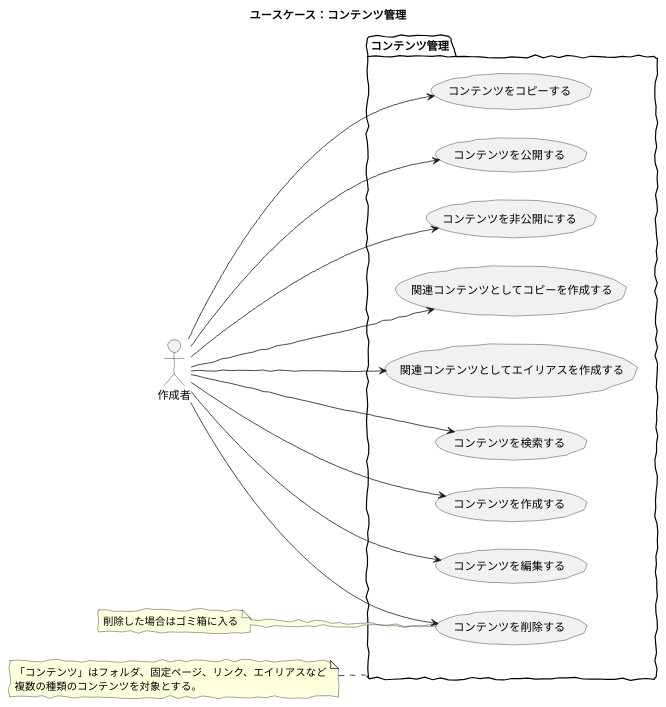
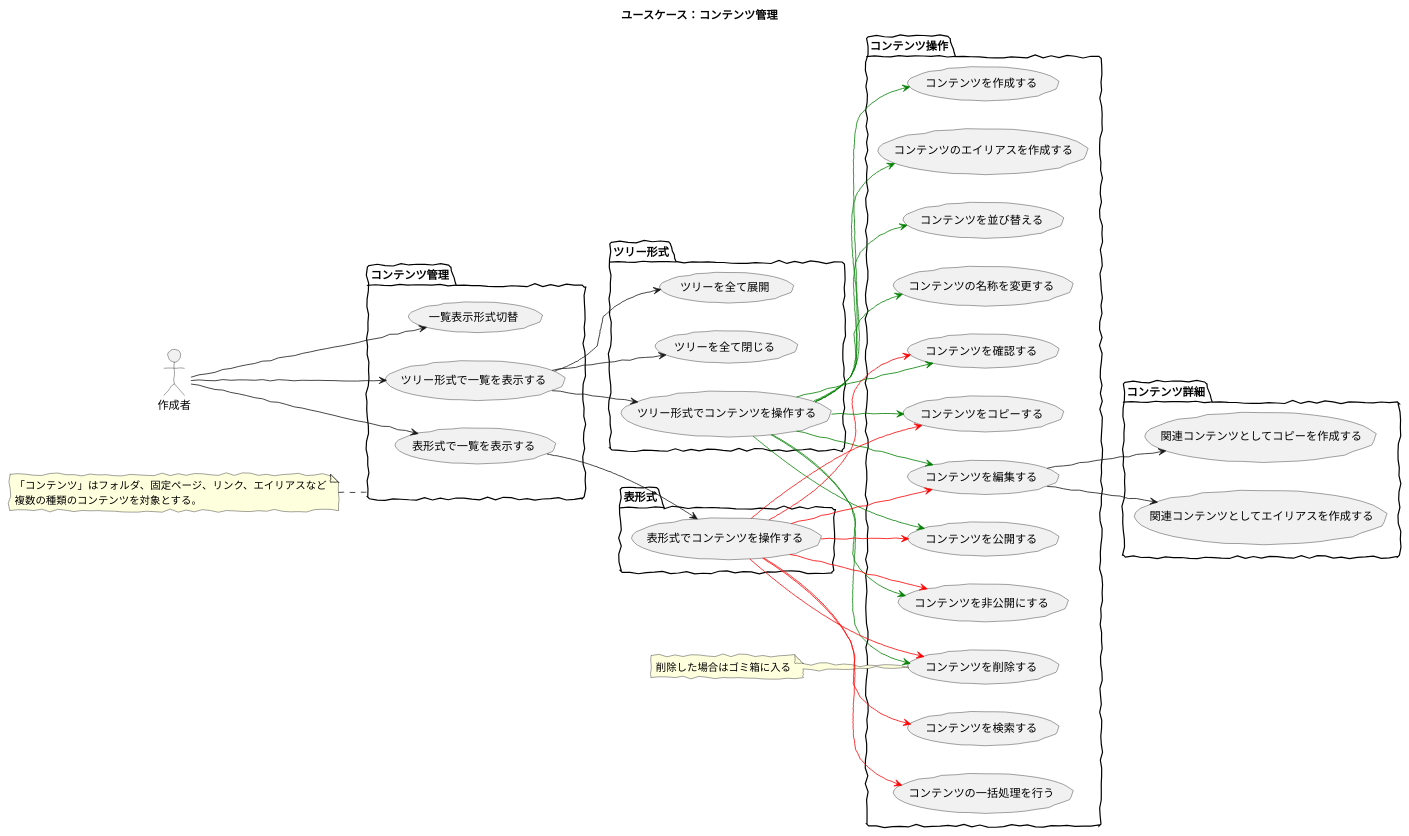
The diagram in src/puml/5/ucmitz/svg/use_case/contents.puml (baserproject/baserproject.github.io), drawn with PlantUML before and after one commit. The commit also changed 3 other files, not shown here.

```diff
--- a/src/puml/5/ucmitz/svg/use_case/contents.puml
+++ b/src/puml/5/ucmitz/svg/use_case/contents.puml
@@ -1,31 +1,63 @@
 @startuml
 skinparam handwritten true
 skinparam backgroundColor white
 
 title ユースケース：コンテンツ管理
 
+left to right direction
+
 actor 作成者
 
 package コンテンツ管理 {
-	left to right direction
-	作成者 --> (コンテンツを検索する)
-	作成者 --> (コンテンツを作成する)
-	作成者 --> (コンテンツを編集する)
-	作成者 --> (コンテンツを削除する)
-	作成者 --> (コンテンツをコピーする)
-	作成者 --> (コンテンツを公開する)
-	作成者 --> (コンテンツを非公開にする)
-	作成者 --> (関連コンテンツとしてコピーを作成する)
-	作成者 --> (関連コンテンツとしてエイリアスを作成する)
+	作成者 --> (ツリー形式で一覧を表示する)
+	作成者 --> (表形式で一覧を表示する)
+	作成者 --> (一覧表示形式切替)
 }
 
+package ツリー形式 {
+	(ツリー形式で一覧を表示する) --> (ツリー形式でコンテンツを操作する) 
+	(ツリー形式で一覧を表示する) --> (ツリーを全て展開)
+	(ツリー形式で一覧を表示する) --> (ツリーを全て閉じる)
+}
+
+package 表形式 {
+	(表形式で一覧を表示する) --> (表形式でコンテンツを操作する) 
+}
+
+package コンテンツ操作 {
+	(ツリー形式でコンテンツを操作する) -[#green]-> (コンテンツを作成する)
+	(ツリー形式でコンテンツを操作する) -[#green]-> (コンテンツのエイリアスを作成する)
+	(ツリー形式でコンテンツを操作する) -[#green]-> (コンテンツを並び替える)
+	(ツリー形式でコンテンツを操作する) -[#green]-> (コンテンツの名称を変更する)
+	(ツリー形式でコンテンツを操作する) -[#green]-> (コンテンツを編集する)
+	(ツリー形式でコンテンツを操作する) -[#green]-> (コンテンツを公開する)
+	(ツリー形式でコンテンツを操作する) -[#green]-> (コンテンツを非公開にする)
+	(ツリー形式でコンテンツを操作する) -[#green]-> (コンテンツを確認する)
+	(ツリー形式でコンテンツを操作する) -[#green]-> (コンテンツをコピーする)
+	(ツリー形式でコンテンツを操作する) -[#green]-> (コンテンツを削除する)
+	(表形式でコンテンツを操作する) -[#red]-> (コンテンツを編集する)
+	(表形式でコンテンツを操作する) -[#red]-> (コンテンツを公開する)
+	(表形式でコンテンツを操作する) -[#red]-> (コンテンツを非公開にする)
+	(表形式でコンテンツを操作する) -[#red]-> (コンテンツを確認する)
+	(表形式でコンテンツを操作する) -[#red]-> (コンテンツをコピーする)
+	(表形式でコンテンツを操作する) -[#red]-> (コンテンツを削除する)
+	(表形式でコンテンツを操作する) -[#red]-> (コンテンツを検索する)
+	(表形式でコンテンツを操作する) -[#red]-> (コンテンツの一括処理を行う)
+}
+
+package コンテンツ詳細 {
+	(コンテンツを編集する) --> (関連コンテンツとしてコピーを作成する)
+	(コンテンツを編集する) --> (関連コンテンツとしてエイリアスを作成する)
+}
+
+	
 note left of コンテンツ管理
 「コンテンツ」はフォルダ、固定ページ、リンク、エイリアスなど
 複数の種類のコンテンツを対象とする。
 endnote
 
 note left of (コンテンツを削除する)
 削除した場合はゴミ箱に入る
 endnote
 
 @enduml
```
